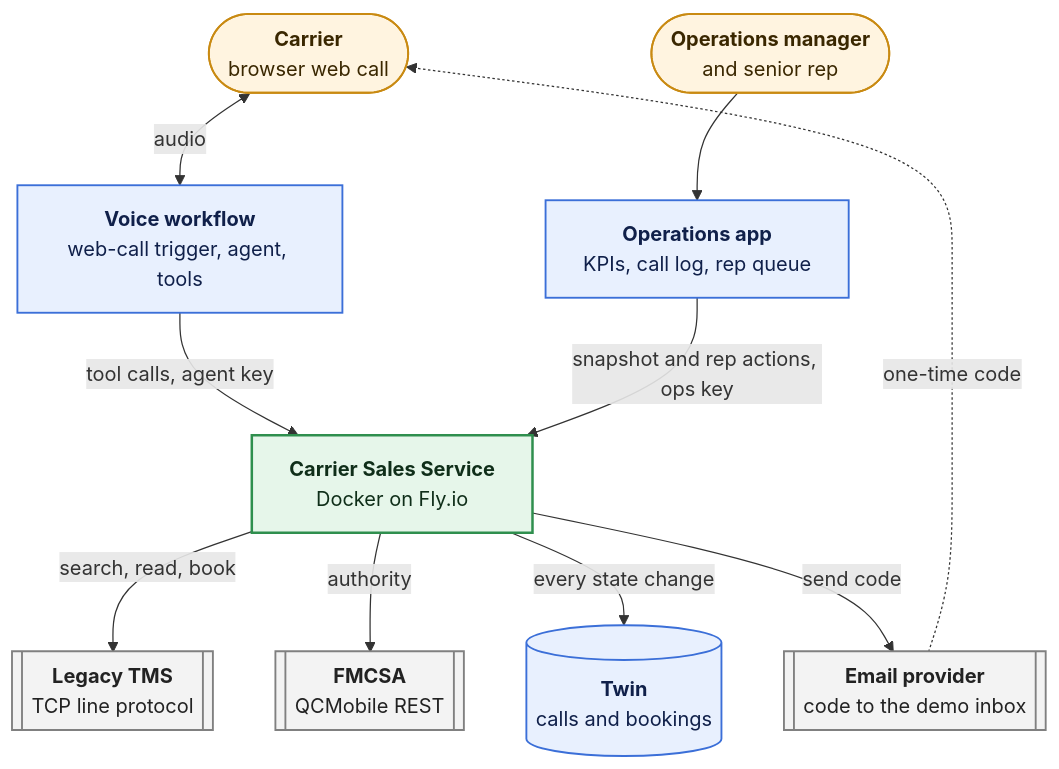
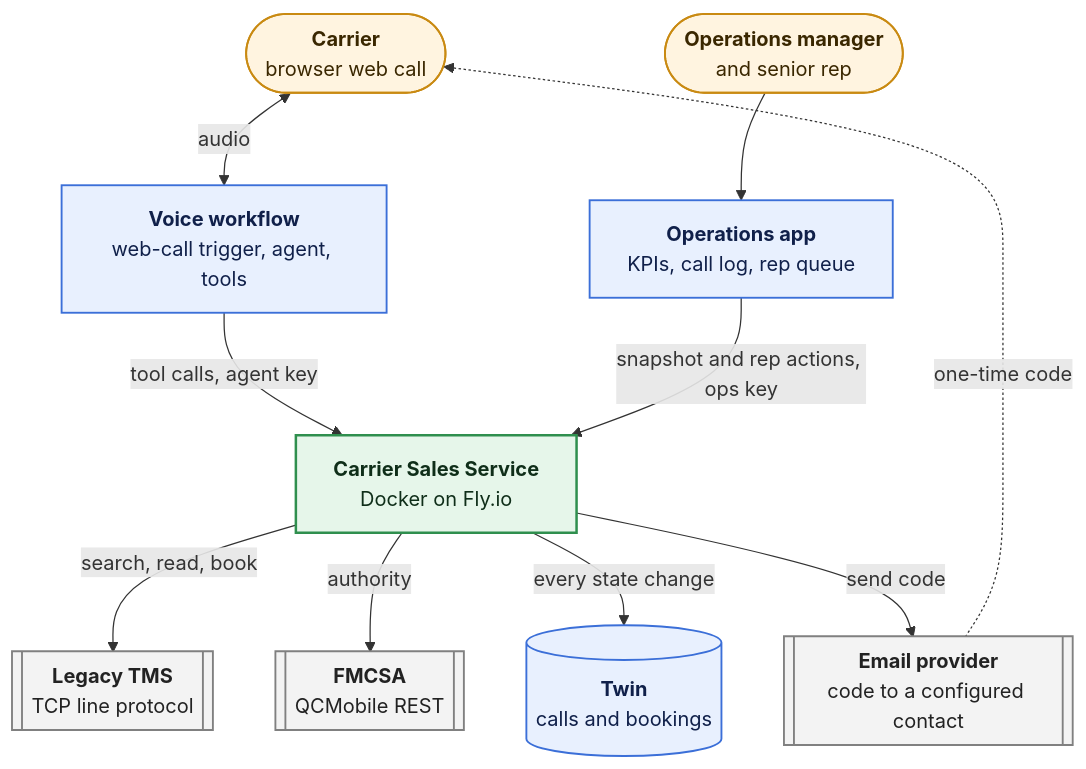
One commit to sgon0181/happyrobot-inbound-carrier-sales changed the first of 4 diagrams in ARCHITECTURE.md. Above: the diagram before and after it, drawn with Mermaid. The commit also changed other lines of this file and 18 other files, not shown here.

First line of the commit message:
Consolidate current architecture and proposal decisions

````diff
--- a/ARCHITECTURE.md
+++ b/ARCHITECTURE.md
@@ -43,34 +43,34 @@
 ```mermaid
 flowchart TB
     carrier(["<b>Carrier</b><br/>browser web call"])
     manager(["<b>Operations manager</b><br/>and senior rep"])
 
     voice["<b>Voice workflow</b><br/>web-call trigger, agent, tools"]
     app["<b>Operations app</b><br/>KPIs, call log, rep queue"]
 
     svc["<b>Carrier Sales Service</b><br/>Docker on Fly.io"]
 
     tms[["<b>Legacy TMS</b><br/>TCP line protocol"]]
     fmcsa[["<b>FMCSA</b><br/>QCMobile REST"]]
     twin[("<b>Twin</b><br/>calls and bookings")]
-    email[["<b>Email provider</b><br/>code to the demo inbox"]]
+    email[["<b>Email provider</b><br/>code to a configured contact"]]
 
     carrier <-->|audio| voice
     manager --> app
     voice -->|"tool calls, agent key"| svc
     app -->|"snapshot and rep actions, ops key"| svc
     svc -->|"search, read, book"| tms
     svc -->|authority| fmcsa
     svc -->|"every state change"| twin
     svc -->|send code| email
     email -.->|one-time code| carrier
 
     classDef hr fill:#e8f0fe,stroke:#3b6fd8,stroke-width:1.5px,color:#10204a
     classDef svc fill:#e6f6ea,stroke:#2f8f4e,stroke-width:2px,color:#0f2e19
     classDef ext fill:#f3f3f3,stroke:#808080,stroke-width:1.5px,color:#222
     classDef person fill:#fff4e0,stroke:#c98a12,stroke-width:1.5px,color:#3a2700
     class voice,app,twin hr
     class svc svc
     class tms,fmcsa,email ext
     class carrier,manager person
 ```
````
